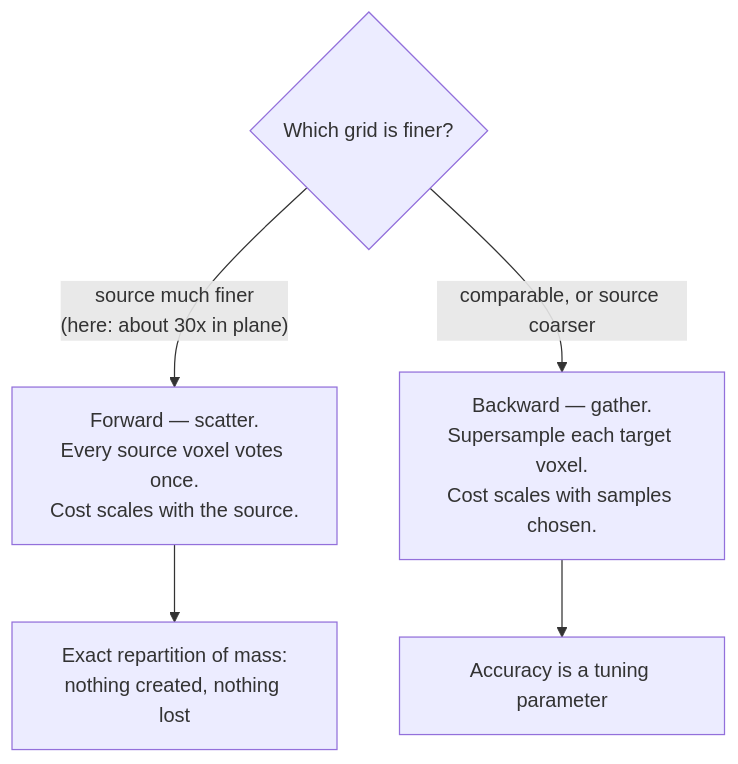
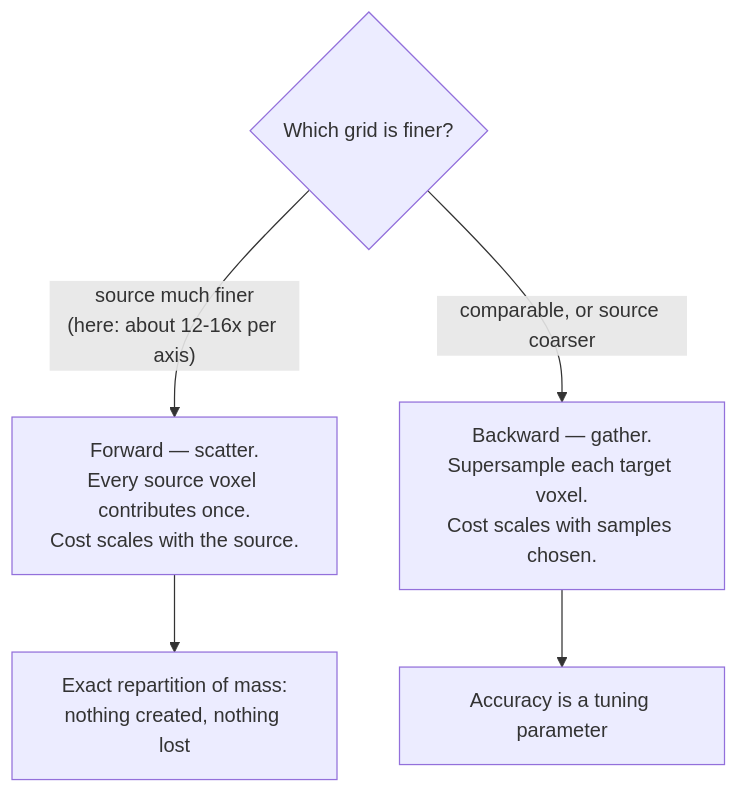
Before and after one commit to bastigw/mnutils: the diagram in docs/diary/2026-08-24-mask-partial-volume.md, drawn with Mermaid. The commit also changed other lines of this file and 1 other file, not shown here.

````diff
--- a/docs/diary/2026-08-24-mask-partial-volume.md
+++ b/docs/diary/2026-08-24-mask-partial-volume.md
@@ -25,8 +26,8 @@
 ```{mermaid}
 flowchart TD
   Q{"Which grid is finer?"}
-  Q -->|"source much finer<br>(here: about 30x in plane)"| F["Forward — scatter.<br>Every source voxel votes once.<br>Cost scales with the source."]
+  Q -->|"source much finer<br>(here: about 12-16x per axis)"| F["Forward — scatter.<br>Every source voxel contributes once.<br>Cost scales with the source."]
   Q -->|"comparable, or source coarser"| B["Backward — gather.<br>Supersample each target voxel.<br>Cost scales with samples chosen."]
   F --> R["Exact repartition of mass:<br>nothing created, nothing lost"]
   B --> S["Accuracy is a tuning parameter"]
 ```
````
